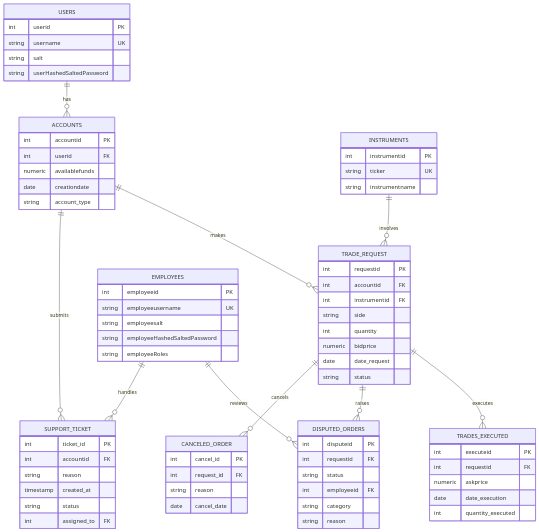
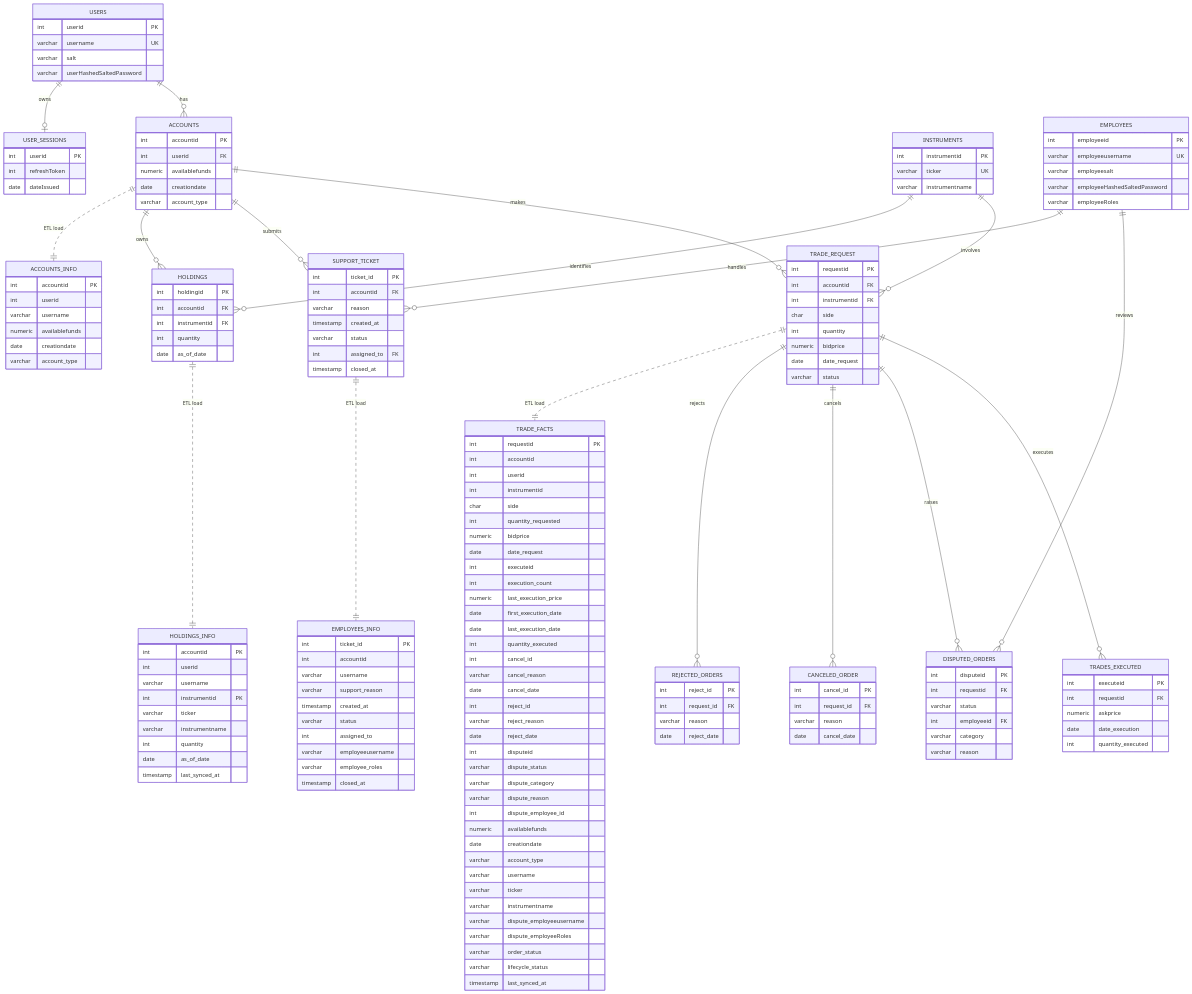
The diagram in database-schema-diagram.mmd (sromy17/ribbit-ribbit-project), drawn with Mermaid before and after one commit. The commit also changed 3 other files, not shown here.

Commit message:
Update mermaid diagrams

```diff
--- a/database-schema-diagram.mmd
+++ b/database-schema-diagram.mmd
@@ -1,83 +1,189 @@
 erDiagram
+    %% OLTP database: ribbit_oltp.public
     USERS ||--o{ ACCOUNTS : has
+    USERS ||--o| USER_SESSIONS : owns
     ACCOUNTS ||--o{ TRADE_REQUEST : makes
     ACCOUNTS ||--o{ SUPPORT_TICKET : submits
+    ACCOUNTS ||--o{ HOLDINGS : owns
     INSTRUMENTS ||--o{ TRADE_REQUEST : involves
+    INSTRUMENTS ||--o{ HOLDINGS : identifies
     TRADE_REQUEST ||--o{ TRADES_EXECUTED : executes
     TRADE_REQUEST ||--o{ DISPUTED_ORDERS : raises
     TRADE_REQUEST ||--o{ CANCELED_ORDER : cancels
+    TRADE_REQUEST ||--o{ REJECTED_ORDERS : rejects
     EMPLOYEES ||--o{ DISPUTED_ORDERS : reviews
     EMPLOYEES ||--o{ SUPPORT_TICKET : handles
 
     USERS {
         int userid PK
-        string username UK
-        string salt
-        string userHashedSaltedPassword
+        varchar username UK
+        varchar salt
+        varchar userHashedSaltedPassword
     }
 
     ACCOUNTS {
         int accountid PK
         int userid FK
         numeric availablefunds
         date creationdate
-        string account_type
+        varchar account_type
     }
 
     INSTRUMENTS {
         int instrumentid PK
-        string ticker UK
-        string instrumentname
+        varchar ticker UK
+        varchar instrumentname
     }
 
     TRADE_REQUEST {
         int requestid PK
         int accountid FK
         int instrumentid FK
-        string side
+        char side
         int quantity
         numeric bidprice
         date date_request
-        string status
+        varchar status
     }
 
     TRADES_EXECUTED {
         int executeid PK
         int requestid FK
         numeric askprice
         date date_execution
         int quantity_executed
     }
 
     EMPLOYEES {
         int employeeid PK
-        string employeeusername UK
-        string employeesalt
-        string employeeHashedSaltedPassword
-        string employeeRoles
+        varchar employeeusername UK
+        varchar employeesalt
+        varchar employeeHashedSaltedPassword
+        varchar employeeRoles
     }
 
     DISPUTED_ORDERS {
         int disputeid PK
         int requestid FK
-        string status
+        varchar status
         int employeeid FK
-        string category
-        string reason
+        varchar category
+        varchar reason
     }
 
     CANCELED_ORDER {
         int cancel_id PK
         int request_id FK
-        string reason
+        varchar reason
         date cancel_date
+    }
+
+    REJECTED_ORDERS {
+        int reject_id PK
+        int request_id FK
+        varchar reason
+        date reject_date
     }
 
     SUPPORT_TICKET {
         int ticket_id PK
         int accountid FK
-        string reason
+        varchar reason
         timestamp created_at
-        string status
+        varchar status
         int assigned_to FK
+        timestamp closed_at
     }
+
+    HOLDINGS {
+        int holdingid PK
+        int accountid FK
+        int instrumentid FK
+        int quantity
+        date as_of_date
+    }
+
+    USER_SESSIONS {
+        int userid PK
+        int refreshToken
+        date dateIssued
+    }
+
+    %% OLAP database: ribbit_olap.public
+    TRADE_REQUEST ||..|| TRADE_FACTS : "ETL load"
+    ACCOUNTS ||..|| ACCOUNTS_INFO : "ETL load"
+    SUPPORT_TICKET ||..|| EMPLOYEES_INFO : "ETL load"
+    HOLDINGS ||..|| HOLDINGS_INFO : "ETL load"
+
+    TRADE_FACTS {
+        int requestid PK
+        int accountid
+        int userid
+        int instrumentid
+        char side
+        int quantity_requested
+        numeric bidprice
+        date date_request
+        int executeid
+        int execution_count
+        numeric last_execution_price
+        date first_execution_date
+        date last_execution_date
+        int quantity_executed
+        int cancel_id
+        varchar cancel_reason
+        date cancel_date
+        int reject_id
+        varchar reject_reason
+        date reject_date
+        int disputeid
+        varchar dispute_status
+        varchar dispute_category
+        varchar dispute_reason
+        int dispute_employee_id
+        numeric availablefunds
+        date creationdate
+        varchar account_type
+        varchar username
+        varchar ticker
+        varchar instrumentname
+        varchar dispute_employeeusername
+        varchar dispute_employeeRoles
+        varchar order_status
+        varchar lifecycle_status
+        timestamp last_synced_at
+    }
+
+    ACCOUNTS_INFO {
+        int accountid PK
+        int userid
+        varchar username
+        numeric availablefunds
+        date creationdate
+        varchar account_type
+    }
+
+    EMPLOYEES_INFO {
+        int ticket_id PK
+        int accountid
+        varchar username
+        varchar support_reason
+        timestamp created_at
+        varchar status
+        int assigned_to
+        varchar employeeusername
+        varchar employee_roles
+        timestamp closed_at
+    }
+
+    HOLDINGS_INFO {
+        int accountid PK
+        int userid
+        varchar username
+        int instrumentid PK
+        varchar ticker
+        varchar instrumentname
+        int quantity
+        date as_of_date
+        timestamp last_synced_at
+    }
```
